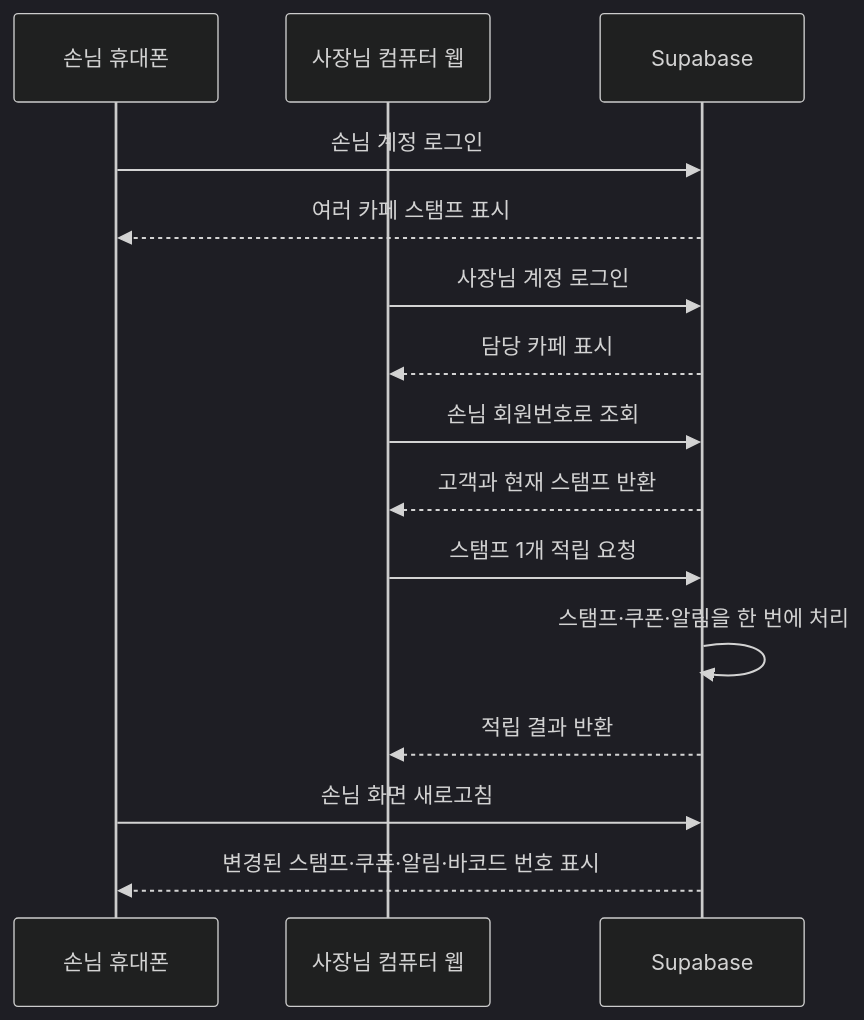
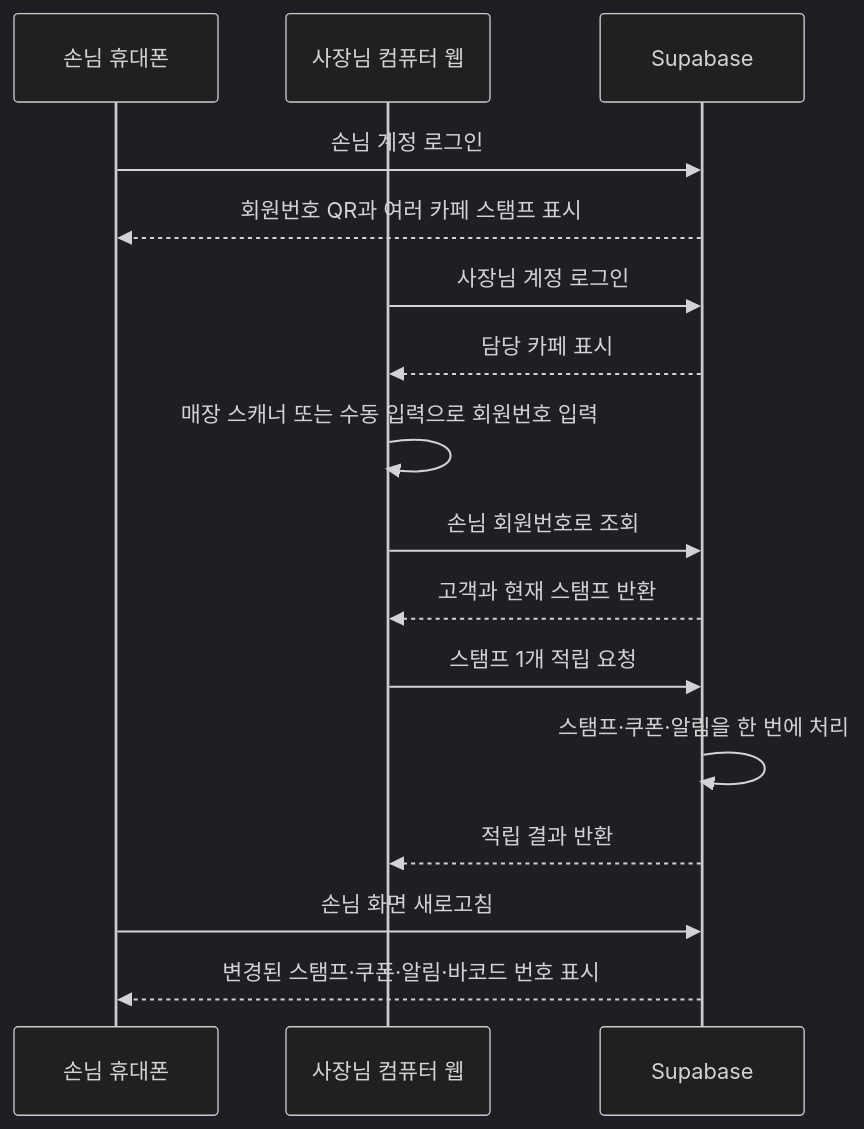
One commit to Mureung1/hub-showcase changed diagram 11 of 12 in docs/beginner-development-roadmap.md. Above: the diagram before and after it, drawn with Mermaid (dark theme). The commit also changed other lines of this file and 6 other files, not shown here.

````diff
--- a/docs/beginner-development-roadmap.md
+++ b/docs/beginner-development-roadmap.md
@@ -276,18 +284,19 @@
 ```mermaid
 sequenceDiagram
     participant C as 손님 휴대폰
     participant O as 사장님 컴퓨터 웹
     participant S as Supabase
 
     C->>S: 손님 계정 로그인
-    S-->>C: 여러 카페 스탬프 표시
+    S-->>C: 회원번호 QR과 여러 카페 스탬프 표시
     O->>S: 사장님 계정 로그인
     S-->>O: 담당 카페 표시
+    O->>O: 매장 스캐너 또는 수동 입력으로 회원번호 입력
     O->>S: 손님 회원번호로 조회
     S-->>O: 고객과 현재 스탬프 반환
     O->>S: 스탬프 1개 적립 요청
     S->>S: 스탬프·쿠폰·알림을 한 번에 처리
     S-->>O: 적립 결과 반환
     C->>S: 손님 화면 새로고침
     S-->>C: 변경된 스탬프·쿠폰·알림·바코드 번호 표시
 ```
````
